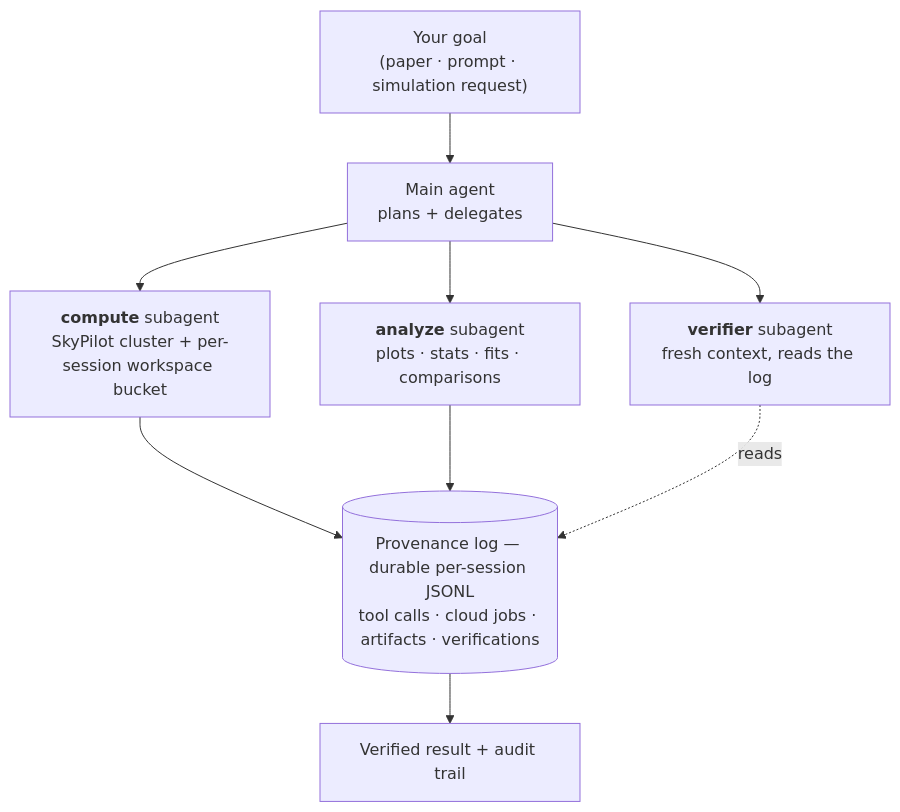
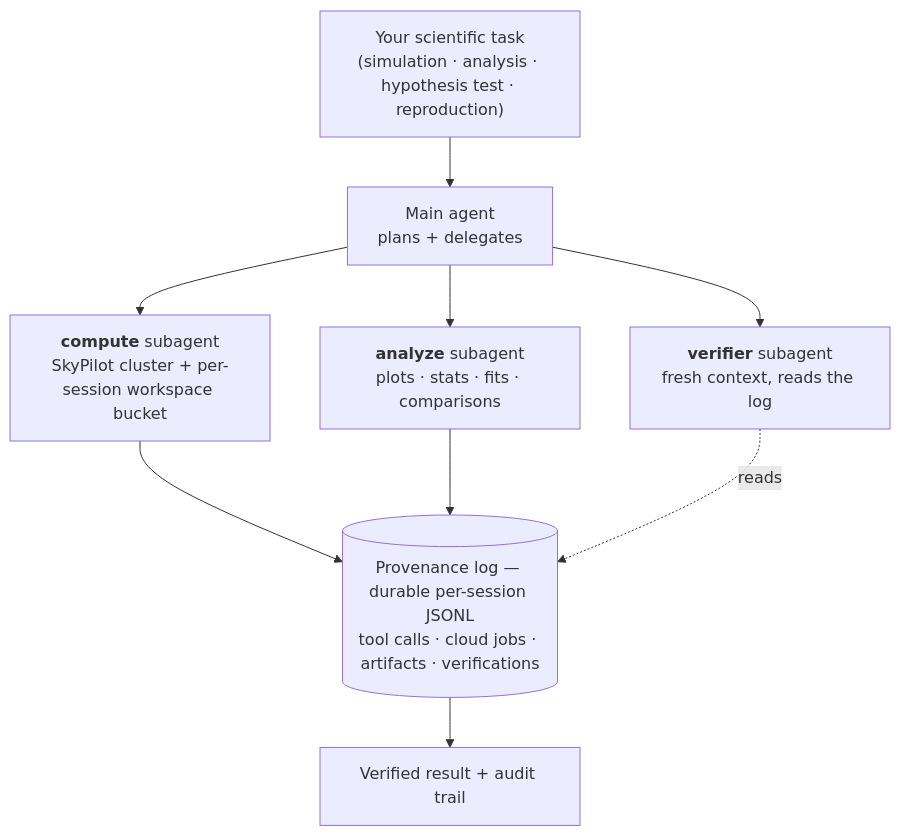
The diagram in README.md (sciagent-ai/sciagent-cli), drawn with Mermaid before and after one commit. The commit also changed other lines of this file, not shown here.

````diff
--- a/README.md
+++ b/README.md
@@ -11,19 +11,19 @@
 ```mermaid
 flowchart TD
-    Goal["Your goal<br/>(paper · prompt · simulation request)"]
+    Goal["Your scientific task<br/>(simulation · analysis · hypothesis test · reproduction)"]
     Main["Main agent<br/>plans + delegates"]
     Compute["<b>compute</b> subagent<br/>SkyPilot cluster + per-session workspace bucket"]
     Analyze["<b>analyze</b> subagent<br/>plots · stats · fits · comparisons"]
     Verifier["<b>verifier</b> subagent<br/>fresh context, reads the log"]
     Log[("Provenance log — durable per-session JSONL<br/>tool calls · cloud jobs · artifacts · verifications")]
     Result["Verified result + audit trail"]
 
     Goal --> Main
     Main --> Compute
     Main --> Analyze
     Main --> Verifier
     Compute --> Log
     Analyze --> Log
     Verifier -. reads .-> Log
     Log --> Result
 ```
````
